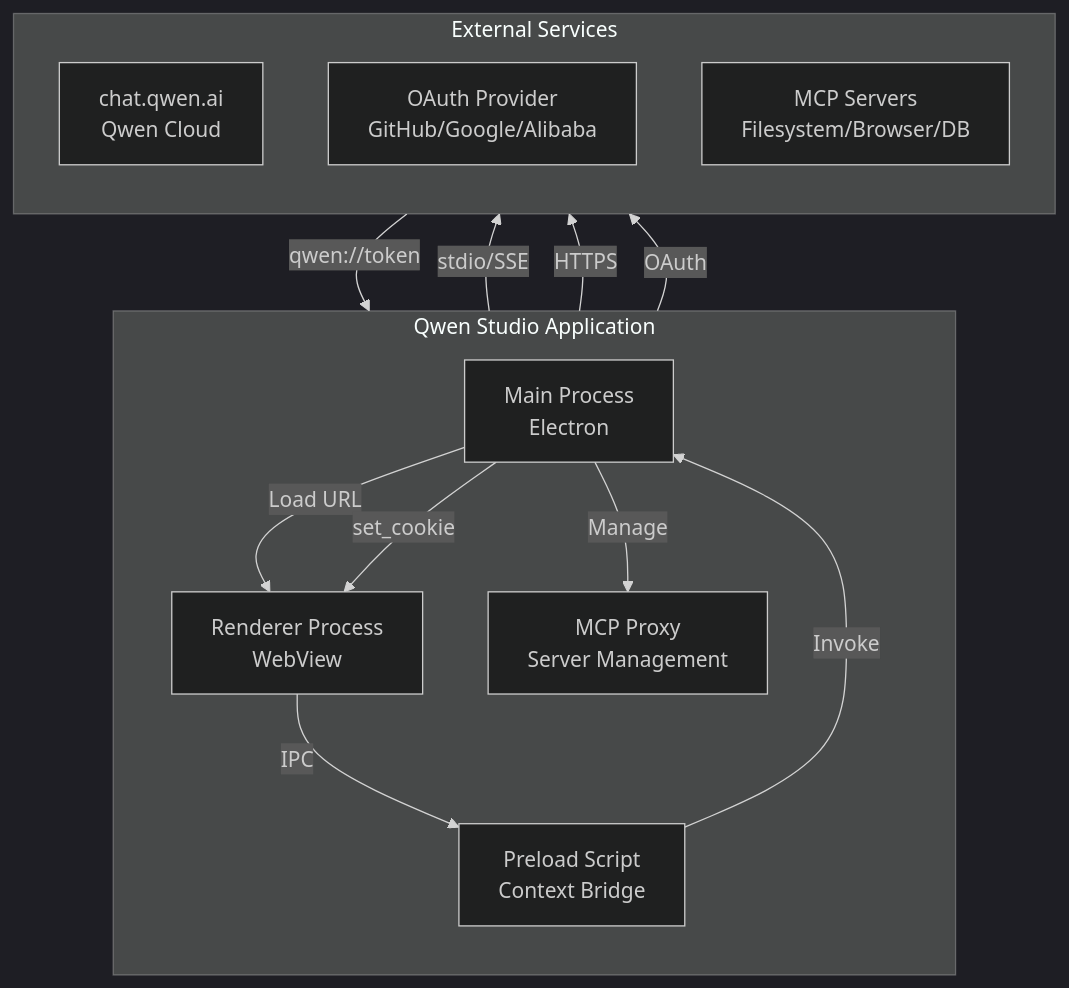
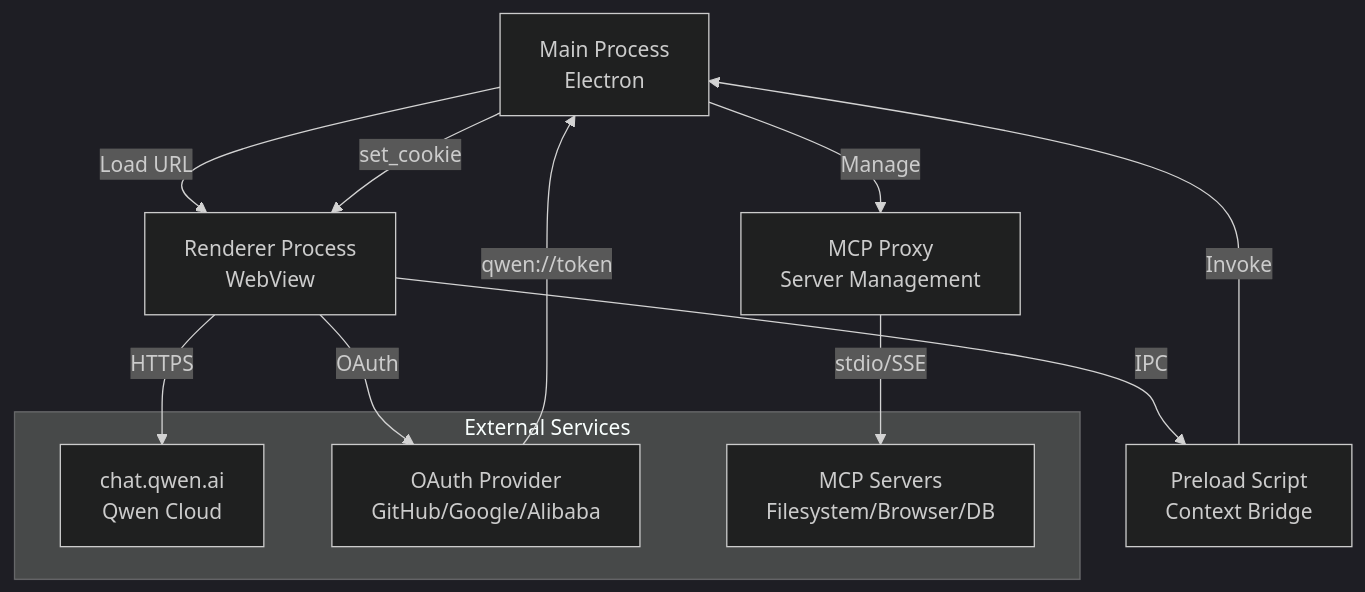
One commit to youssefvdel/qwen-studio changed the first of 2 diagrams in README.md. Above: the diagram before and after it, drawn with Mermaid (dark theme).

Commit message:
docs: simplify architecture diagram for better vertical layout

````diff
--- a/README.md
+++ b/README.md
@@ -113,27 +113,19 @@
 ```mermaid
-graph TD
-    subgraph QwenStudio["Qwen Studio Application"]
-        direction TB
-        Main[Main Process<br/>Electron]
-        Render[Renderer Process<br/>WebView]
-        Preload[Preload Script<br/>Context Bridge]
-        MCP[MCP Proxy<br/>Server Management]
+flowchart TD
+    A[Main Process<br/>Electron] -->|Load URL| B[Renderer Process<br/>WebView]
+    B -->|IPC| C[Preload Script<br/>Context Bridge]
+    C -->|Invoke| A
+    A -->|Manage| D[MCP Proxy<br/>Server Management]
+    
+    subgraph External["External Services"]
+        E[chat.qwen.ai<br/>Qwen Cloud]
+        F[OAuth Provider<br/>GitHub/Google/Alibaba]
+        G[MCP Servers<br/>Filesystem/Browser/DB]
     end
     
-    subgraph External["External Services"]
-        direction TB
-        Qwen[chat.qwen.ai<br/>Qwen Cloud]
-        OAuth[OAuth Provider<br/>GitHub/Google/Alibaba]
-        MCPS[MCP Servers<br/>Filesystem/Browser/DB]
-    end
-    
-    Main -->|Load URL| Render
-    Render -->|IPC| Preload
-    Preload -->|Invoke| Main
-    Main -->|Manage| MCP
-    MCP -->|stdio/SSE| MCPS
-    Render -->|HTTPS| Qwen
-    Render -->|OAuth| OAuth
-    OAuth -->|qwen://token| Main
-    Main -->|set_cookie| Render
+    B -->|HTTPS| E
+    B -->|OAuth| F
+    F -->|qwen://token| A
+    A -->|set_cookie| B
+    D -->|stdio/SSE| G
 ```
````
